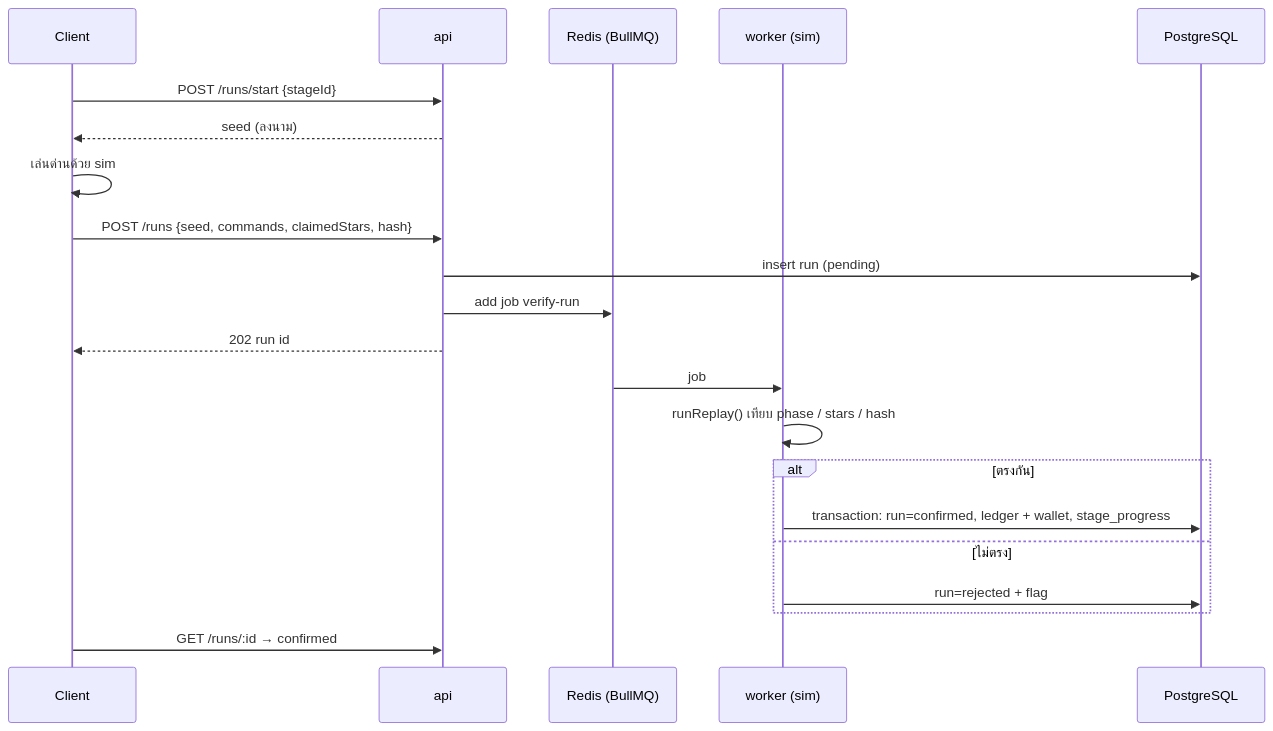
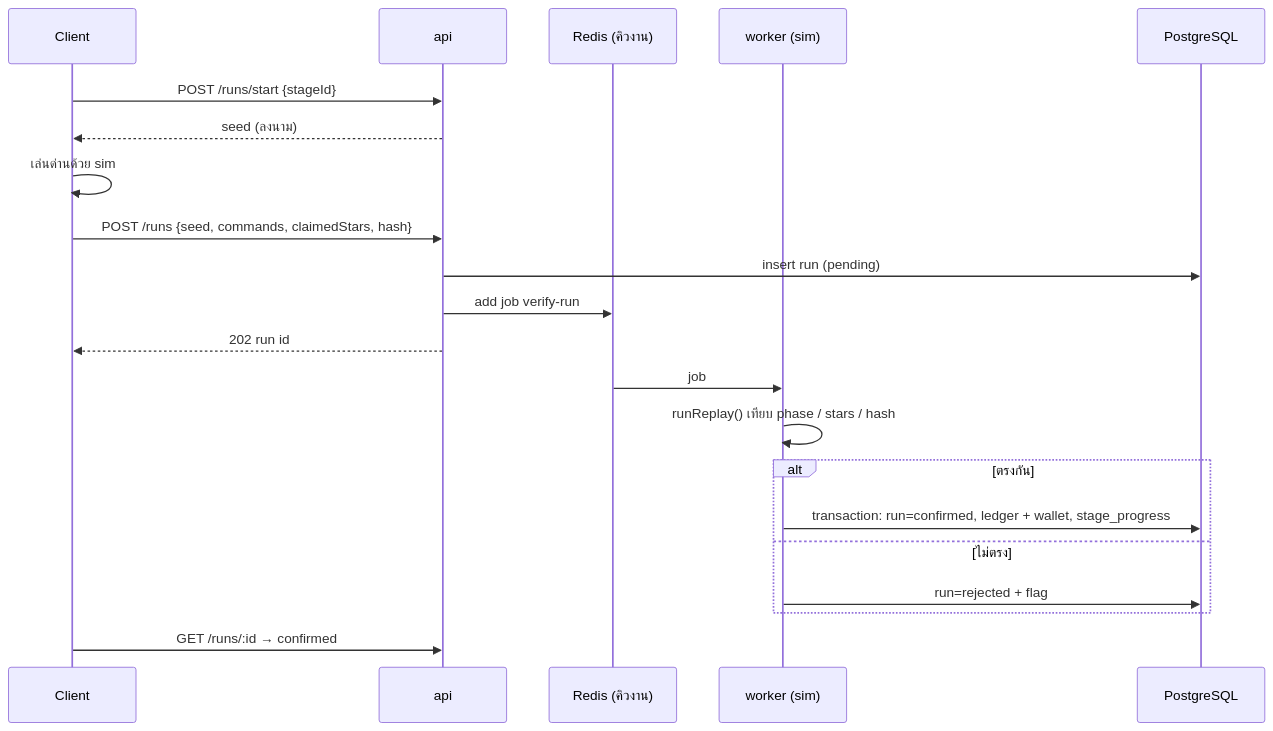
One commit to jonmaxmore/TD-Games-Idel changed the third of 4 diagrams in docs/design/architecture.md. Above: the diagram before and after it, drawn with Mermaid. The commit also changed other lines of this file and 21 other files, not shown here.

````diff
--- a/docs/design/architecture.md
+++ b/docs/design/architecture.md
@@ -204,23 +209,23 @@
 ```mermaid
 sequenceDiagram
   participant C as Client
   participant A as api
-  participant R as Redis (BullMQ)
+  participant R as Redis (คิวงาน)
   participant W as worker (sim)
   participant P as PostgreSQL
   C->>A: POST /runs/start {stageId}
   A-->>C: seed (ลงนาม)
   C->>C: เล่นด่านด้วย sim
   C->>A: POST /runs {seed, commands, claimedStars, hash}
   A->>P: insert run (pending)
   A->>R: add job verify-run
   A-->>C: 202 run id
   R->>W: job
   W->>W: runReplay() เทียบ phase / stars / hash
   alt ตรงกัน
     W->>P: transaction: run=confirmed, ledger + wallet, stage_progress
   else ไม่ตรง
     W->>P: run=rejected + flag
   end
   C->>A: GET /runs/:id → confirmed
 ```
````
